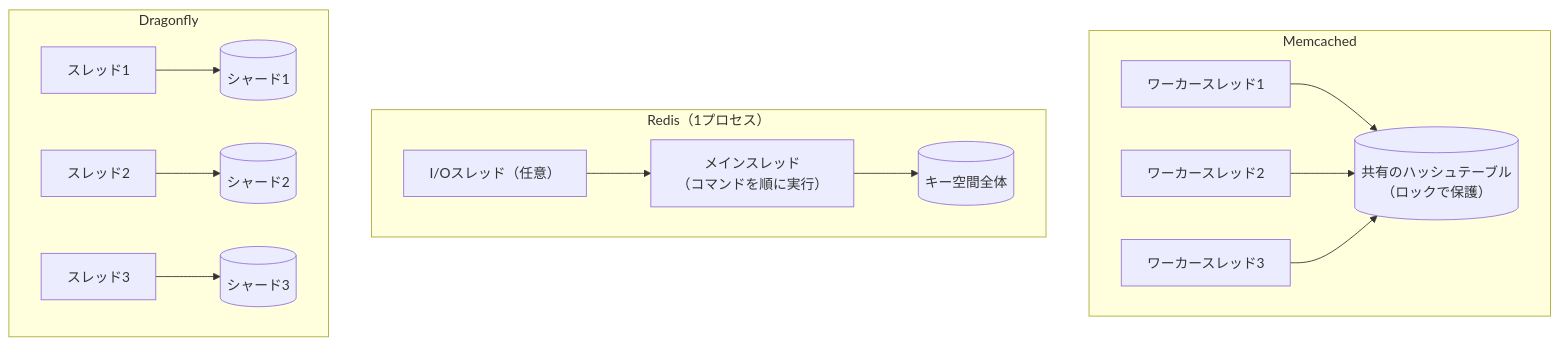
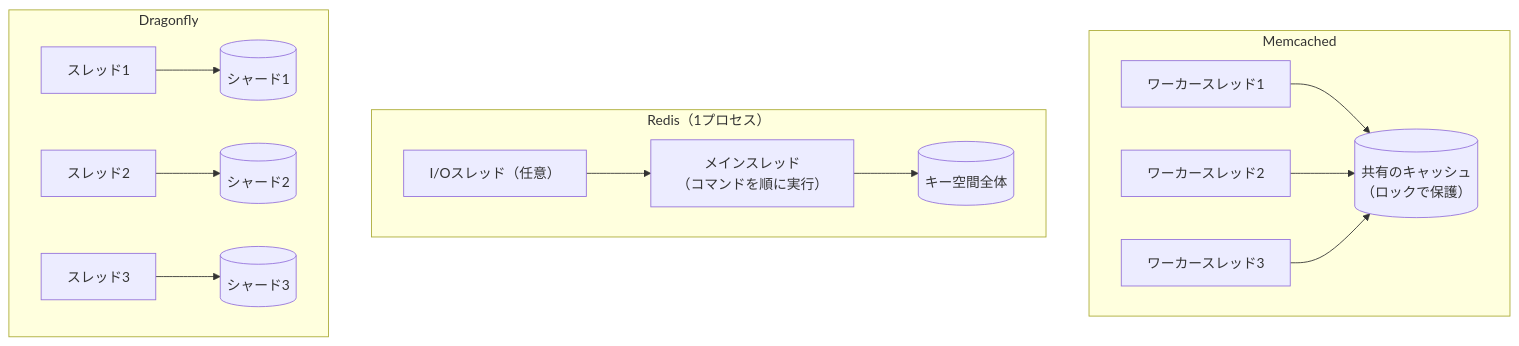
The diagram in content/ja/posts/redis-memcached-dragonfly-architecture.md (bmf-san/bmf-tech), drawn with Mermaid before and after one commit. The commit also changed other lines of this file and 1 other file, not shown here.

````diff
--- a/content/ja/posts/redis-memcached-dragonfly-architecture.md
+++ b/content/ja/posts/redis-memcached-dragonfly-architecture.md
@@ -76,17 +76,17 @@
 ```mermaid
 flowchart TB
     subgraph MC["Memcached"]
-        MW1["ワーカースレッド1"] --> MH[("共有のハッシュテーブル<br/>（ロックで保護）")]
+        MW1["ワーカースレッド1"] --> MH[("共有のキャッシュ<br/>（ロックで保護）")]
         MW2["ワーカースレッド2"] --> MH
         MW3["ワーカースレッド3"] --> MH
     end
     subgraph RD["Redis（1プロセス）"]
         RIO["I/Oスレッド（任意）"] --> RM["メインスレッド<br/>（コマンドを順に実行）"]
         RM --> RH[("キー空間全体")]
     end
     subgraph DF["Dragonfly"]
         DT1["スレッド1"] --> DS1[("シャード1")]
         DT2["スレッド2"] --> DS2[("シャード2")]
         DT3["スレッド3"] --> DS3[("シャード3")]
     end
 ```
````
